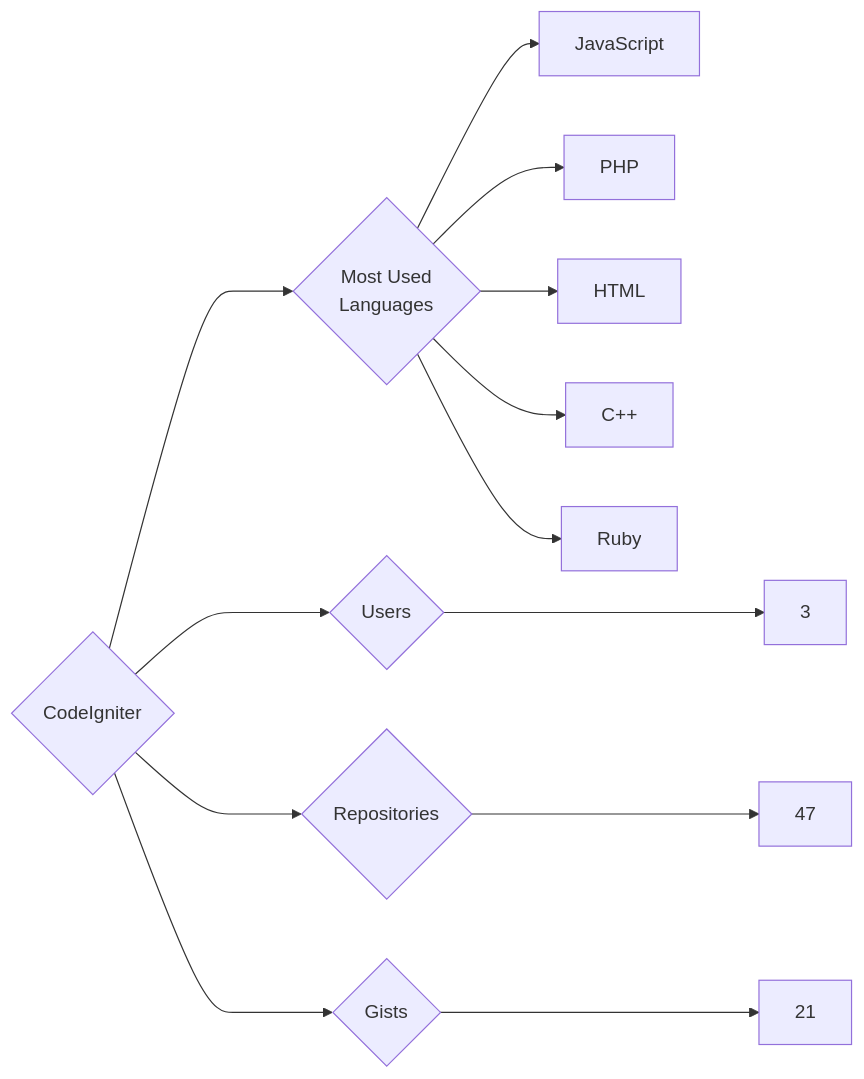
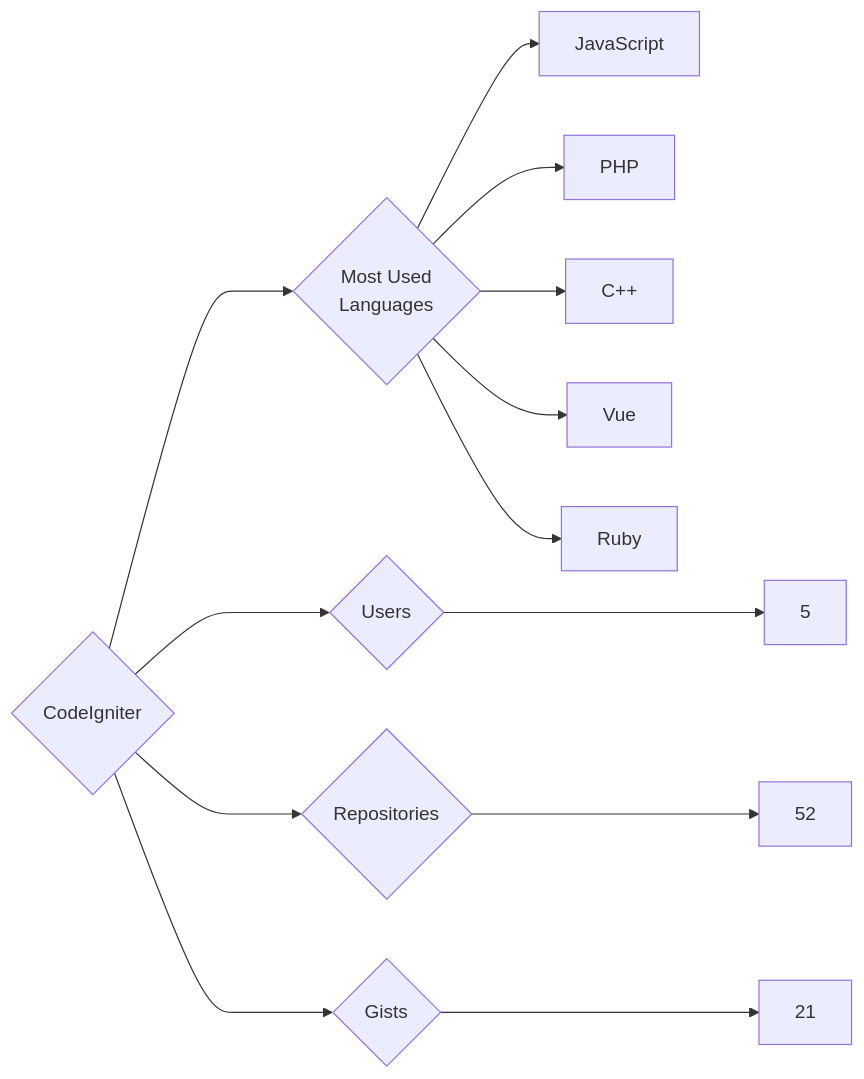
One commit to trickest/insiders changed the diagram in targets/CodeIgniter/README.md. Above: the diagram before and after it, drawn with Mermaid. The commit also changed 720 other files, not shown here.

````diff
--- a/targets/CodeIgniter/README.md
+++ b/targets/CodeIgniter/README.md
@@ -3,13 +3,13 @@
 ```mermaid
 graph LR
 COMPANY_NAME{CodeIgniter}
-COMPANY_NAME ---> U{Users} ---> UN[3]
-COMPANY_NAME ---> R{Repositories} ---> RN[47]
+COMPANY_NAME ---> U{Users} ---> UN[5]
+COMPANY_NAME ---> R{Repositories} ---> RN[52]
 COMPANY_NAME ---> G{Gists} ---> GN[21]
 COMPANY_NAME ---> ML{Most Used<br>Languages}
 ML --> JavaScript[JavaScript]
 ML --> PHP[PHP]
-ML --> HTML[HTML]
 ML --> C++[C++]
+ML --> Vue[Vue]
 ML --> Ruby[Ruby]
 ```
````
